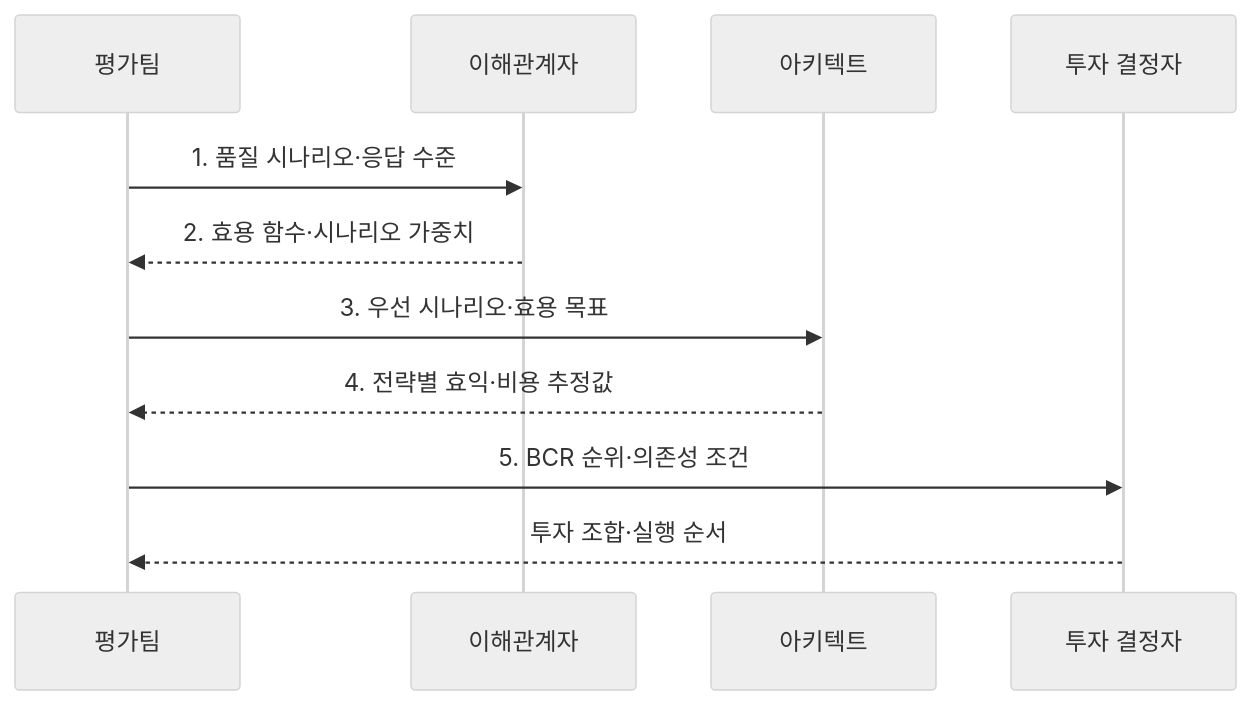
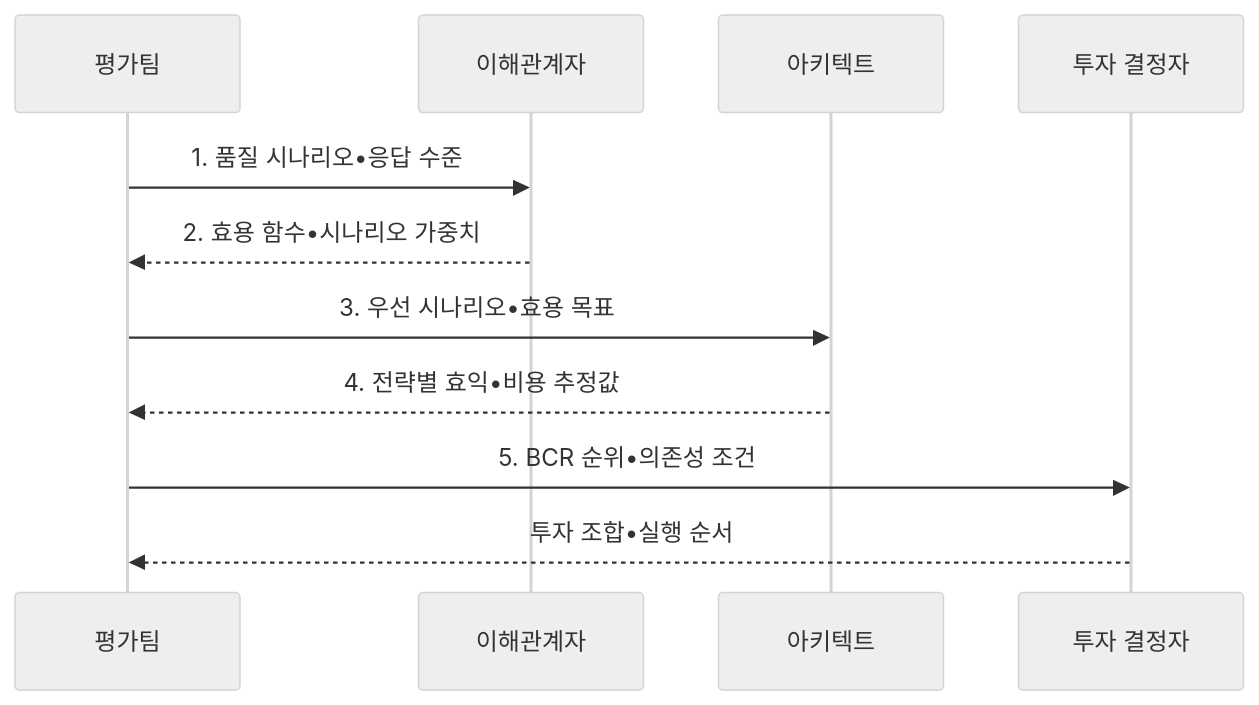
The second of 2 diagrams in src/content/docs/notes/03-software/072_cbam.md (agnusdei1207/knowledge-base), drawn with Mermaid (neutral theme) before and after one commit. The commit also changed other lines of this file and 953 other files, not shown here.

````diff
--- a/src/content/docs/notes/03-software/072_cbam.md
+++ b/src/content/docs/notes/03-software/072_cbam.md
@@ -104,13 +104,13 @@
 ```mermaid
 sequenceDiagram
     participant T as 평가팀
     participant S as 이해관계자
     participant A as 아키텍트
     participant D as 투자 결정자
-    T->>S: 1. 품질 시나리오·응답 수준
-    S-->>T: 2. 효용 함수·시나리오 가중치
-    T->>A: 3. 우선 시나리오·효용 목표
-    A-->>T: 4. 전략별 효익·비용 추정값
-    T->>D: 5. BCR 순위·의존성 조건
-    D-->>T: 투자 조합·실행 순서
+    T->>S: 1. 품질 시나리오•응답 수준
+    S-->>T: 2. 효용 함수•시나리오 가중치
+    T->>A: 3. 우선 시나리오•효용 목표
+    A-->>T: 4. 전략별 효익•비용 추정값
+    T->>D: 5. BCR 순위•의존성 조건
+    D-->>T: 투자 조합•실행 순서
 ```
````
